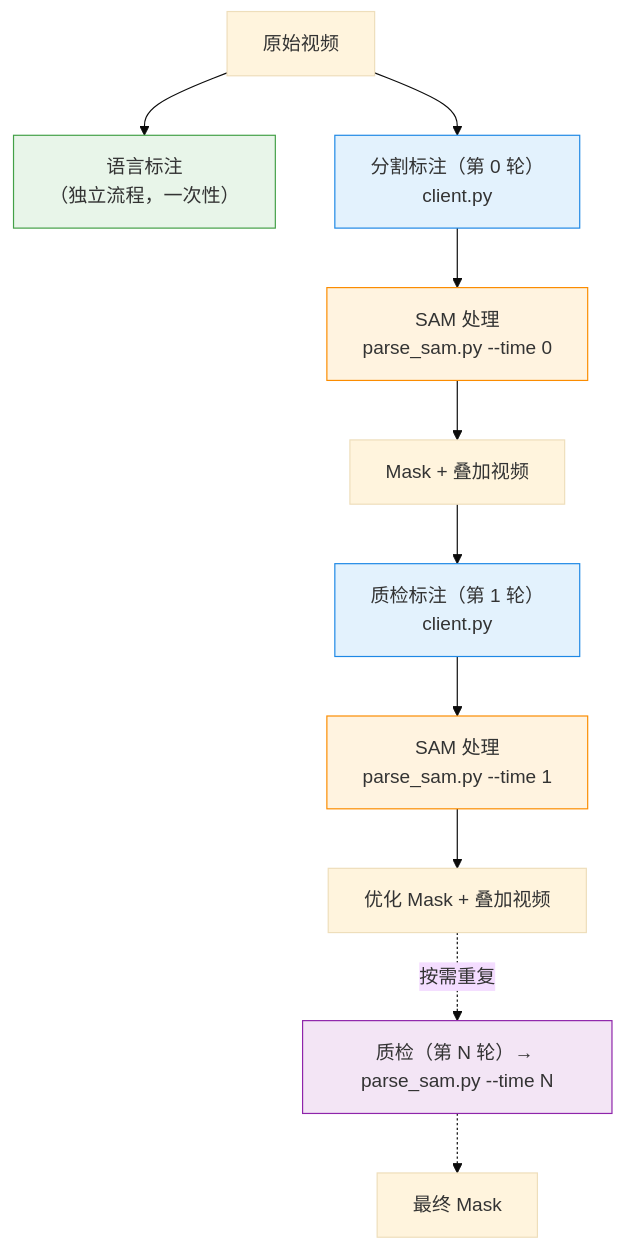
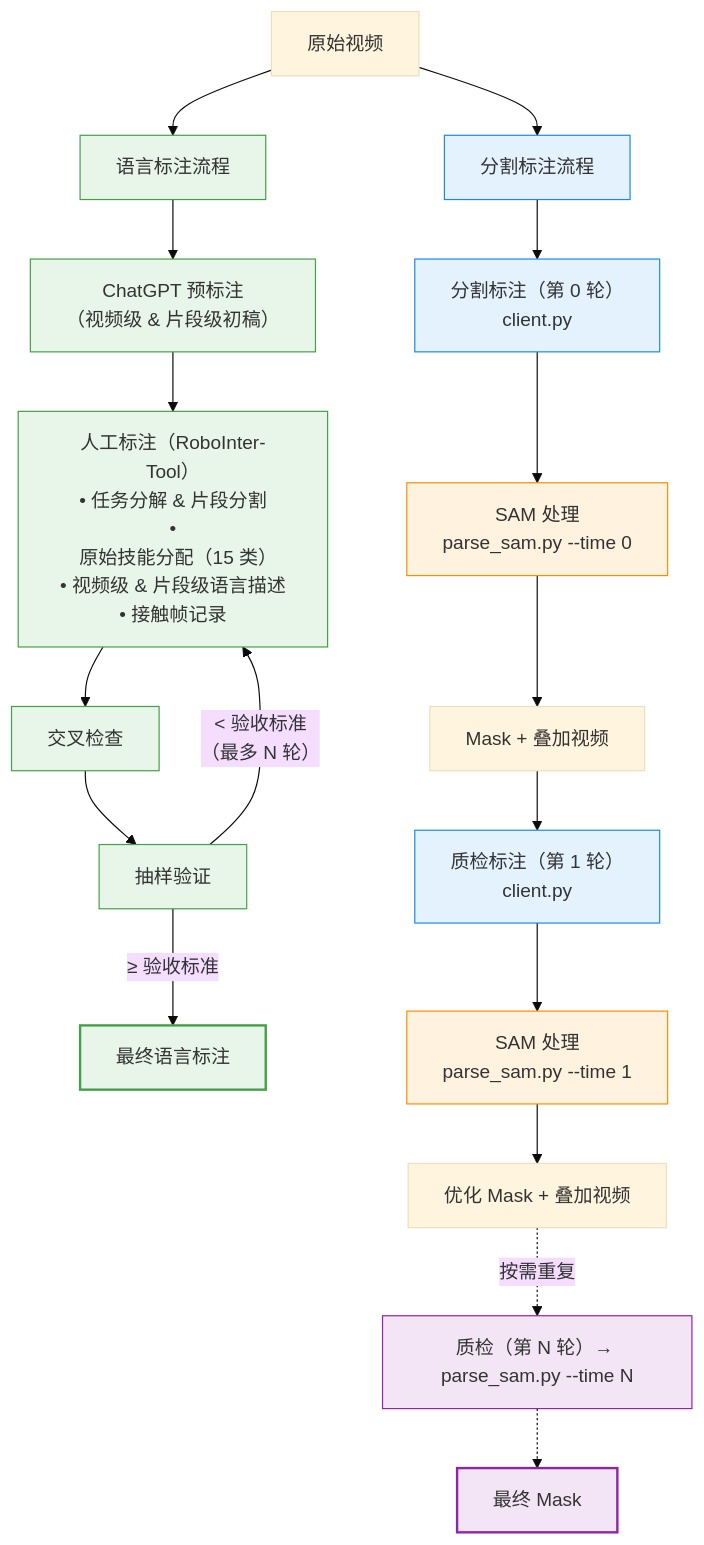
The diagram in RoboInterTools/README_zh.md (InternRobotics/RoboInter), drawn with Mermaid (base theme) before and after one commit.

Commit message:
Update README_zh.md
update flowchart

````diff
--- a/RoboInterTools/README_zh.md
+++ b/RoboInterTools/README_zh.md
@@ -11,24 +11,42 @@
 ```mermaid
 flowchart TD
-    V["原始视频"]
+      V["原始视频"]
 
-    V --> L["语言标注<br/>（独立流程，一次性）"]
+      V --> LANG["语言标注流程"]
+      V --> SEG["分割标注流程"]
 
-    V --> A0["分割标注（第 0 轮）<br/>client.py"]
-    A0 --> P0["SAM 处理<br/>parse_sam.py --time 0"]
-    P0 --> M0["Mask + 叠加视频"]
+      %% ===== 语言标注流程 =====
+      LANG --> GPT["ChatGPT 预标注<br/>（视频级 & 片段级初稿）"]
+      GPT --> HA["人工标注（RoboInter-Tool）<br/>• 任务分解 & 片段分割<br/>•
+  原始技能分配（15 类）<br/>• 视频级 & 片段级语言描述<br/>• 接触帧记录"]
+      HA --> CC["交叉检查<br/>"]
+      CC --> SV["抽样验证<br/>"]
+      SV -->|"≥ 验收标准"| LF["最终语言标注"]
+      SV -->|"< 验收标准<br/>（最多 N 轮）"| HA
 
-    M0 --> A1["质检标注（第 1 轮）<br/>client.py"]
-    A1 --> P1["SAM 处理<br/>parse_sam.py --time 1"]
-    P1 --> M1["优化 Mask + 叠加视频"]
+      %% ===== 分割标注流程 =====
+      SEG --> A0["分割标注（第 0 轮）<br/>client.py"]
+      A0 --> P0["SAM 处理<br/>parse_sam.py --time 0"]
+      P0 --> M0["Mask + 叠加视频"]
+      M0 --> A1["质检标注（第 1 轮）<br/>client.py"]
+      A1 --> P1["SAM 处理<br/>parse_sam.py --time 1"]
+      P1 --> M1["优化 Mask + 叠加视频"]
+      M1 -.->|"按需重复"| AN["质检（第 N 轮）→ parse_sam.py --time N"]
+      AN -.-> F["最终 Mask"]
 
-    M1 -.->|"按需重复"| AN["质检（第 N 轮）→ parse_sam.py --time N"]
-    AN -.-> F["最终 Mask"]
+      %% ===== 样式 =====
+      style LANG fill:#e8f5e9,stroke:#43a047
+      style GPT fill:#e8f5e9,stroke:#43a047
+      style HA fill:#e8f5e9,stroke:#43a047
+      style CC fill:#e8f5e9,stroke:#43a047
+      style SV fill:#e8f5e9,stroke:#43a047
+      style LF fill:#e8f5e9,stroke:#43a047,stroke-width:2px
 
-    style L fill:#e8f5e9,stroke:#43a047
-    style A0 fill:#e3f2fd,stroke:#1e88e5
-    style A1 fill:#e3f2fd,stroke:#1e88e5
-    style P0 fill:#fff3e0,stroke:#fb8c00
-    style P1 fill:#fff3e0,stroke:#fb8c00
-    style AN fill:#f3e5f5,stroke:#8e24aa
+      style SEG fill:#e3f2fd,stroke:#1e88e5
+      style A0 fill:#e3f2fd,stroke:#1e88e5
+      style A1 fill:#e3f2fd,stroke:#1e88e5
+      style P0 fill:#fff3e0,stroke:#fb8c00
+      style P1 fill:#fff3e0,stroke:#fb8c00
+      style AN fill:#f3e5f5,stroke:#8e24aa
+      style F fill:#f3e5f5,stroke:#8e24aa,stroke-width:2px
 ```
````
